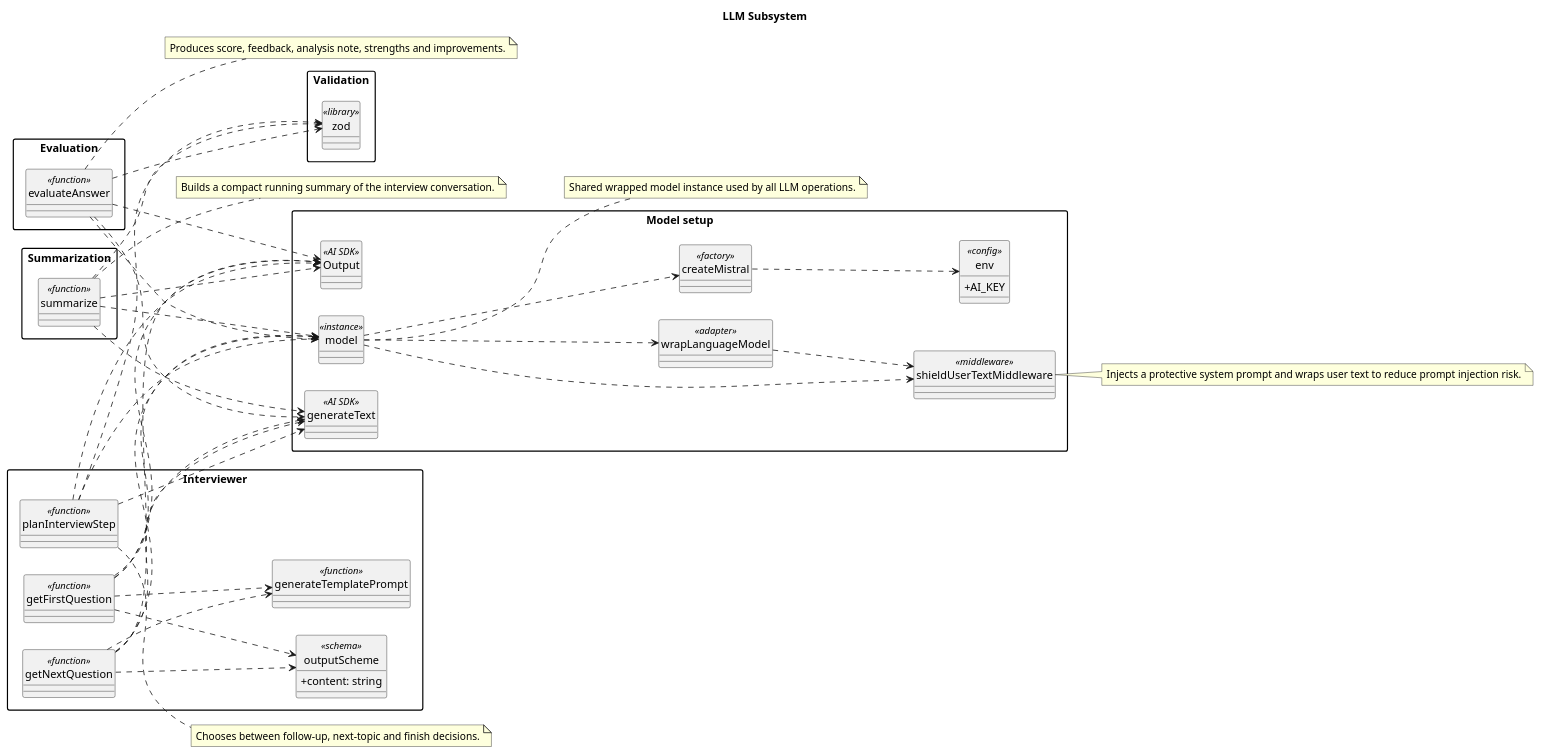
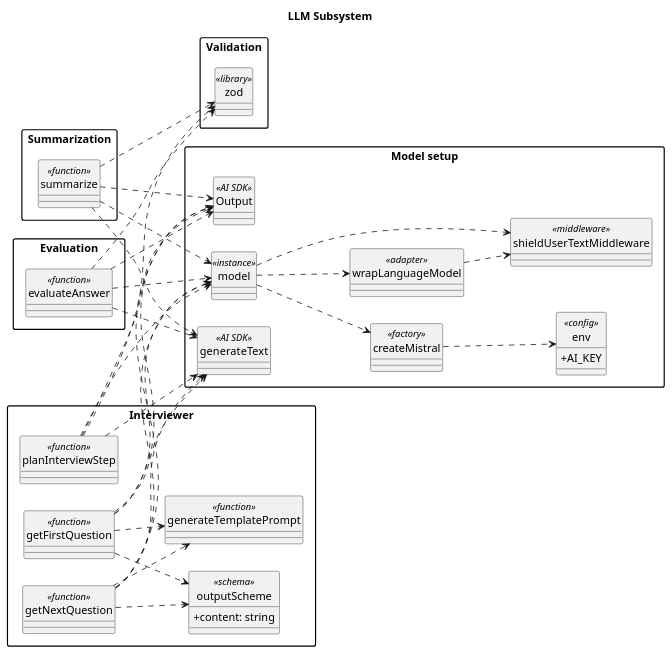
Before and after one commit to nifle3/diplom_work: the diagram in docs/classDIagram/06_llm_subsystem.puml, drawn with PlantUML. The commit also changed 6 other files, not shown here.

Commit message:
update class diagramm

```diff
--- a/docs/classDIagram/06_llm_subsystem.puml
+++ b/docs/classDIagram/06_llm_subsystem.puml
@@ -1,115 +1,95 @@
 @startuml
 left to right direction
 skinparam classAttributeIconSize 0
 skinparam packageStyle rectangle
 hide circle
 
 title LLM Subsystem
 
 package "Model setup" {
   class env <<config>> {
     +AI_KEY
   }
 
   class createMistral <<factory>> {
   }
 
   class generateText <<AI SDK>> {
   }
 
   class Output <<AI SDK>> {
   }
 
   class wrapLanguageModel <<adapter>> {
   }
 
   class shieldUserTextMiddleware <<middleware>> {
   }
 
   class model <<instance>> {
   }
 }
 
 package "Interviewer" {
   class outputScheme <<schema>> {
     +content: string
   }
 
   class generateTemplatePrompt <<function>> {
   }
 
   class getFirstQuestion <<function>> {
   }
 
   class getNextQuestion <<function>> {
   }
 
   class planInterviewStep <<function>> {
   }
 }
 
 package "Evaluation" {
   class evaluateAnswer <<function>> {
   }
 }
 
 package "Summarization" {
   class summarize <<function>> {
   }
 }
 
 package "Validation" {
   class zod <<library>> {
   }
 }
 
 createMistral ..> env
 wrapLanguageModel ..> shieldUserTextMiddleware
 model ..> createMistral
 model ..> wrapLanguageModel
 model ..> shieldUserTextMiddleware
 
 getFirstQuestion ..> model
 getFirstQuestion ..> generateText
 getFirstQuestion ..> Output
 getFirstQuestion ..> generateTemplatePrompt
 getFirstQuestion ..> outputScheme
 getNextQuestion ..> model
 getNextQuestion ..> generateText
 getNextQuestion ..> Output
 getNextQuestion ..> generateTemplatePrompt
 getNextQuestion ..> outputScheme
 planInterviewStep ..> model
 planInterviewStep ..> generateText
 planInterviewStep ..> Output
 planInterviewStep ..> zod
 evaluateAnswer ..> model
 evaluateAnswer ..> generateText
 evaluateAnswer ..> Output
 evaluateAnswer ..> zod
 summarize ..> model
 summarize ..> generateText
 summarize ..> Output
 summarize ..> zod
 
-note right of model
-  Shared wrapped model instance used by all LLM operations.
-end note
-
-note right of shieldUserTextMiddleware
-  Injects a protective system prompt and wraps user text to reduce prompt injection risk.
-end note
-
-note right of planInterviewStep
-  Chooses between follow-up, next-topic and finish decisions.
-end note
-
-note right of evaluateAnswer
-  Produces score, feedback, analysis note, strengths and improvements.
-end note
-
-note right of summarize
-  Builds a compact running summary of the interview conversation.
-end note
-
 @enduml
```
